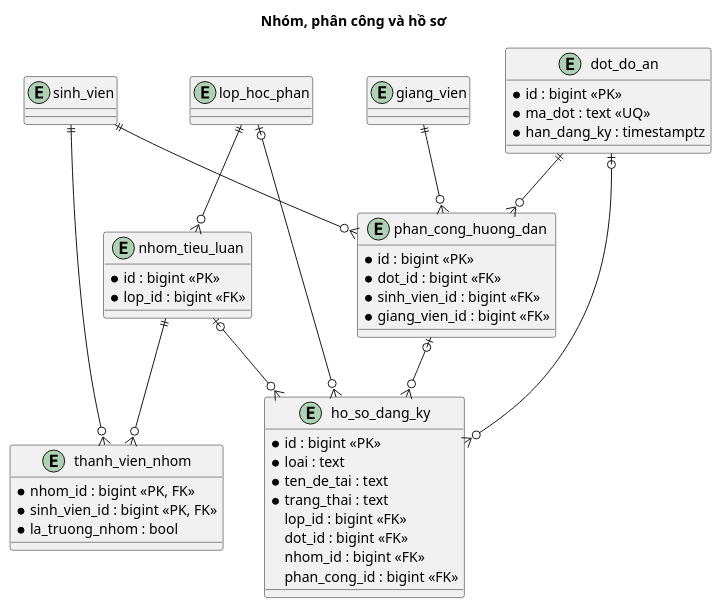
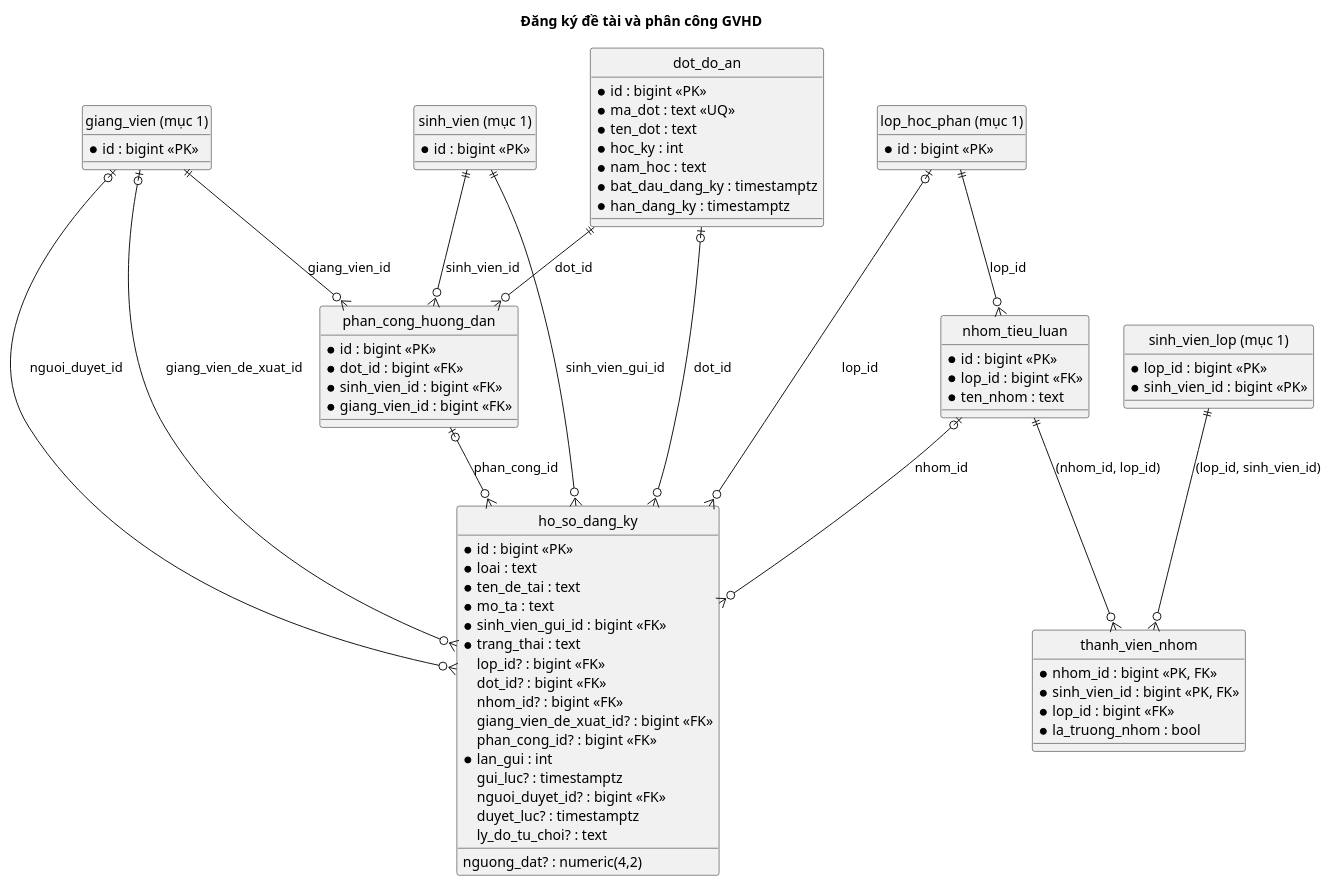
The second of 3 diagrams in 04-thiet-ke-co-so-du-lieu.md (lam-vu6868/HTQL_TieuLuan_DoAN), drawn with PlantUML before and after one commit. The commit also changed other lines of this file and 17 other files, not shown here.

````diff
--- a/04-thiet-ke-co-so-du-lieu.md
+++ b/04-thiet-ke-co-so-du-lieu.md
@@ -70,48 +87,77 @@
 ```plantuml
 @startuml
-title Nhóm, phân công và hồ sơ
-entity lop_hoc_phan
-entity sinh_vien
-entity giang_vien
+title Đăng ký đề tài và phân công GVHD
+hide circle
 entity dot_do_an {
   * id : bigint <<PK>>
   * ma_dot : text <<UQ>>
+  * ten_dot : text
+  * hoc_ky : int
+  * nam_hoc : text
+  * bat_dau_dang_ky : timestamptz
   * han_dang_ky : timestamptz
 }
 entity phan_cong_huong_dan {
   * id : bigint <<PK>>
   * dot_id : bigint <<FK>>
   * sinh_vien_id : bigint <<FK>>
   * giang_vien_id : bigint <<FK>>
 }
 entity nhom_tieu_luan {
   * id : bigint <<PK>>
   * lop_id : bigint <<FK>>
+  * ten_nhom : text
 }
 entity thanh_vien_nhom {
   * nhom_id : bigint <<PK, FK>>
   * sinh_vien_id : bigint <<PK, FK>>
+  * lop_id : bigint <<FK>>
   * la_truong_nhom : bool
 }
 entity ho_so_dang_ky {
   * id : bigint <<PK>>
   * loai : text
   * ten_de_tai : text
+  * mo_ta : text
+  * sinh_vien_gui_id : bigint <<FK>>
   * trang_thai : text
-  lop_id : bigint <<FK>>
-  dot_id : bigint <<FK>>
-  nhom_id : bigint <<FK>>
-  phan_cong_id : bigint <<FK>>
+  lop_id? : bigint <<FK>>
+  dot_id? : bigint <<FK>>
+  nhom_id? : bigint <<FK>>
+  giang_vien_de_xuat_id? : bigint <<FK>>
+  phan_cong_id? : bigint <<FK>>
+  nguong_dat? : numeric(4,2)
+  * lan_gui : int
+  gui_luc? : timestamptz
+  nguoi_duyet_id? : bigint <<FK>>
+  duyet_luc? : timestamptz
+  ly_do_tu_choi? : text
 }
-dot_do_an ||--o{ phan_cong_huong_dan
-sinh_vien ||--o{ phan_cong_huong_dan
-giang_vien ||--o{ phan_cong_huong_dan
-lop_hoc_phan ||--o{ nhom_tieu_luan
-nhom_tieu_luan ||--o{ thanh_vien_nhom
-sinh_vien ||--o{ thanh_vien_nhom
-lop_hoc_phan |o--o{ ho_so_dang_ky
-dot_do_an |o--o{ ho_so_dang_ky
-nhom_tieu_luan |o--o{ ho_so_dang_ky
-phan_cong_huong_dan |o--o{ ho_so_dang_ky
+entity "sinh_vien (mục 1)" as sinh_vien {
+  * id : bigint <<PK>>
+}
+entity "giang_vien (mục 1)" as giang_vien {
+  * id : bigint <<PK>>
+}
+entity "lop_hoc_phan (mục 1)" as lop_hoc_phan {
+  * id : bigint <<PK>>
+}
+entity "sinh_vien_lop (mục 1)" as sinh_vien_lop {
+  * lop_id : bigint <<PK>>
+  * sinh_vien_id : bigint <<PK>>
+}
+dot_do_an ||--o{ phan_cong_huong_dan : dot_id
+sinh_vien ||--o{ phan_cong_huong_dan : sinh_vien_id
+giang_vien ||--o{ phan_cong_huong_dan : giang_vien_id
+lop_hoc_phan ||--o{ nhom_tieu_luan : lop_id
+nhom_tieu_luan ||--o{ thanh_vien_nhom : (nhom_id, lop_id)
+sinh_vien_lop ||--o{ thanh_vien_nhom : (lop_id, sinh_vien_id)
+lop_hoc_phan |o--o{ ho_so_dang_ky : lop_id
+dot_do_an |o--o{ ho_so_dang_ky : dot_id
+nhom_tieu_luan |o--o{ ho_so_dang_ky : nhom_id
+giang_vien |o--o{ ho_so_dang_ky : giang_vien_de_xuat_id
+phan_cong_huong_dan |o--o{ ho_so_dang_ky : phan_cong_id
+sinh_vien ||--o{ ho_so_dang_ky : sinh_vien_gui_id
+giang_vien |o--o{ ho_so_dang_ky : nguoi_duyet_id
 @enduml
 ```
````
